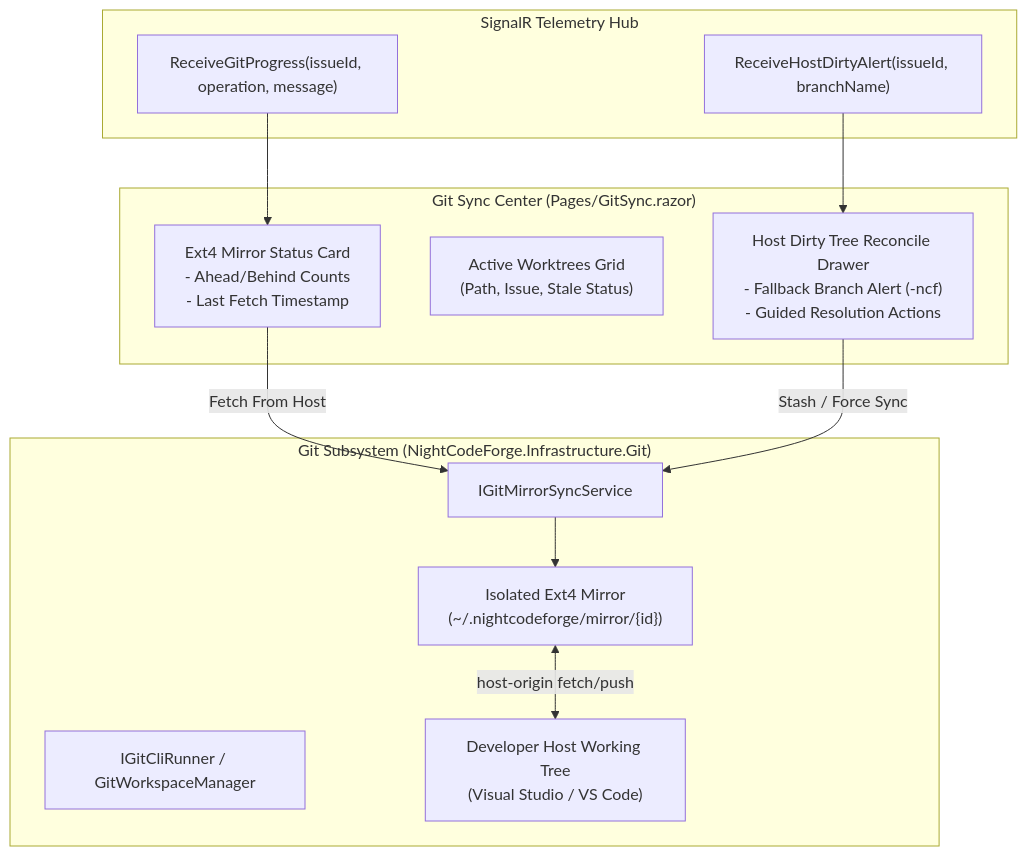
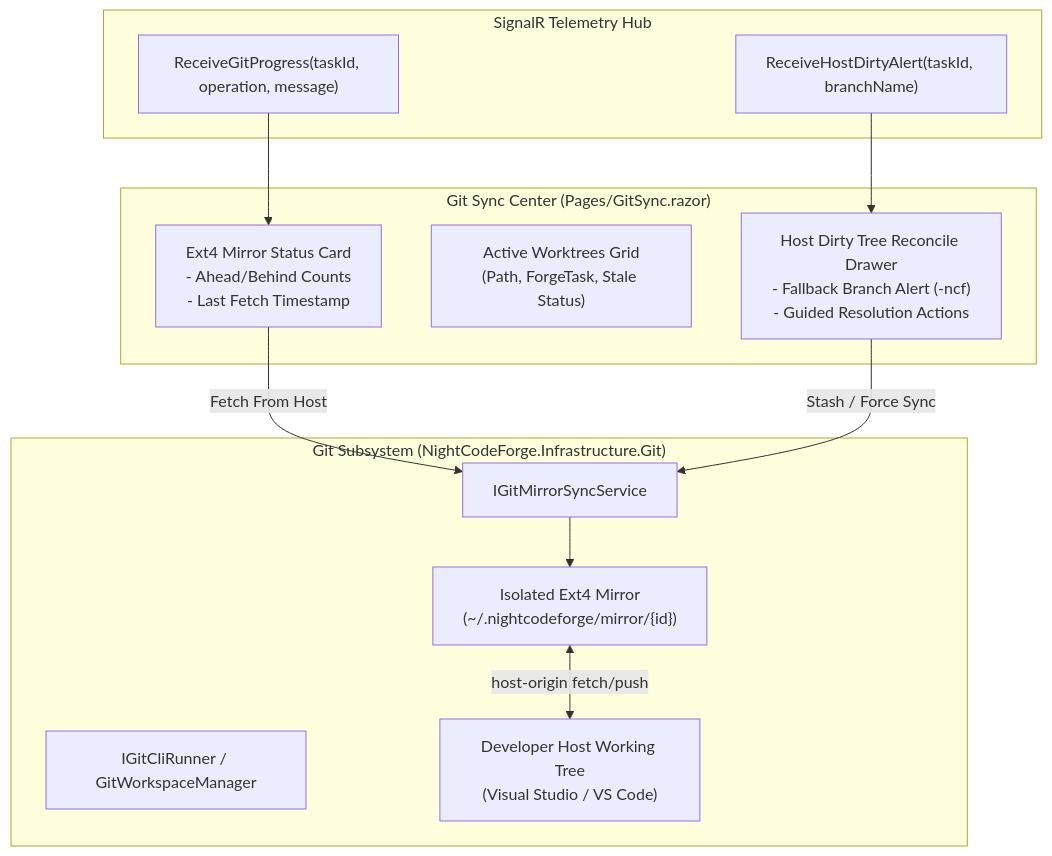
Before and after one commit to jetelain/NightCodeForge: the diagram in docs/plan/phase-5/STEP_5_11_GIT_MIRROR_AND_HOST_SYNC.md, drawn with Mermaid. The commit also changed other lines of this file and 151 other files, not shown here.

Commit message:
Issue -> Task

````diff
--- a/docs/plan/phase-5/STEP_5_11_GIT_MIRROR_AND_HOST_SYNC.md
+++ b/docs/plan/phase-5/STEP_5_11_GIT_MIRROR_AND_HOST_SYNC.md
@@ -38,27 +38,27 @@
 ```mermaid
 flowchart TD
     subgraph SignalRStream ["SignalR Telemetry Hub"]
-        DirtyAlert["ReceiveHostDirtyAlert(issueId, branchName)"]
-        GitProgress["ReceiveGitProgress(issueId, operation, message)"]
+        DirtyAlert["ReceiveHostDirtyAlert(taskId, branchName)"]
+        GitProgress["ReceiveGitProgress(taskId, operation, message)"]
     end
 
     subgraph UI ["Git Sync Center (Pages/GitSync.razor)"]
         MirrorCard["Ext4 Mirror Status Card\n- Ahead/Behind Counts\n- Last Fetch Timestamp"]
-        WorktreeList["Active Worktrees Grid\n(Path, Issue, Stale Status)"]
+        WorktreeList["Active Worktrees Grid\n(Path, ForgeTask, Stale Status)"]
         ReconcileDrawer["Host Dirty Tree Reconcile Drawer\n- Fallback Branch Alert (-ncf)\n- Guided Resolution Actions"]
     end
 
     subgraph GitEngine ["Git Subsystem (NightCodeForge.Infrastructure.Git)"]
         MirrorService["IGitMirrorSyncService"]
         GitRunner["IGitCliRunner / GitWorkspaceManager"]
         HostRepo["Developer Host Working Tree\n(Visual Studio / VS Code)"]
         Ext4Mirror["Isolated Ext4 Mirror\n(~/.nightcodeforge/mirror/{id})"]
     end
 
     DirtyAlert --> ReconcileDrawer
     GitProgress --> MirrorCard
     MirrorCard -->|Fetch From Host| MirrorService
     MirrorService --> Ext4Mirror
     Ext4Mirror <-->|host-origin fetch/push| HostRepo
     ReconcileDrawer -->|Stash / Force Sync| MirrorService
 ```
````
